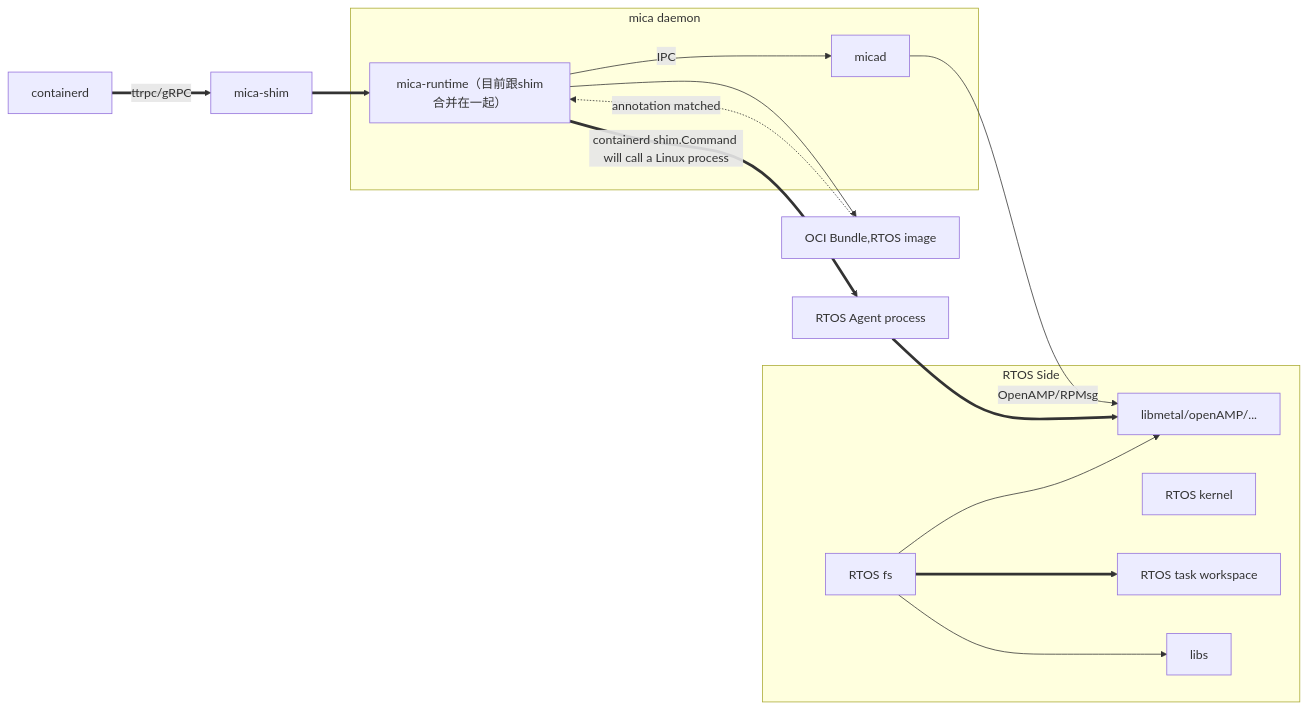
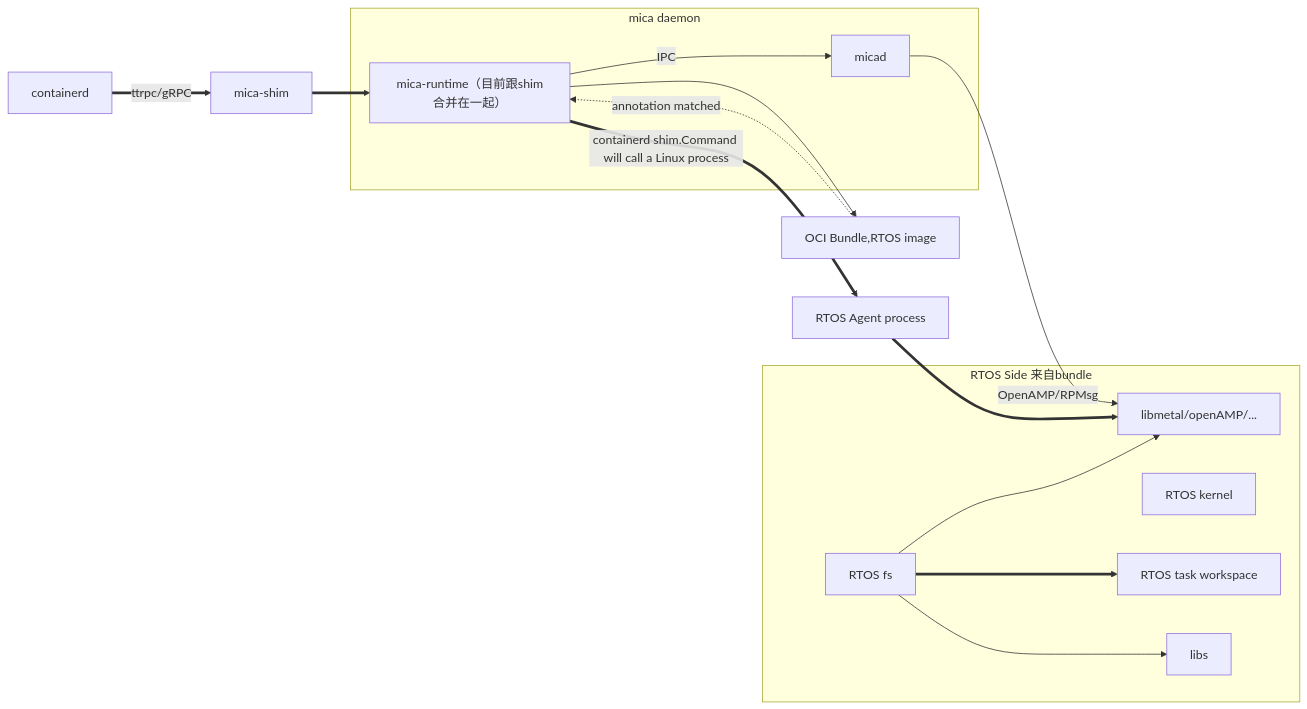
One commit to Egg12138/iodraw-files changed the diagram in all/未命名.md. Above: the diagram before and after it, drawn with Mermaid.

Commit message:
2025-06-23 09:24:10 update

````diff
--- a/all/未命名.md
+++ b/all/未命名.md
@@ -1,24 +1,24 @@
 ```mermaid
 graph LR
     CD[containerd] ==>|ttrpc/gRPC| S
     S[mica-shim] ==> MR
     MR[mica-runtime（目前跟shim合并在一起）] -->|IPC| A[micad]
     MR -->C[OCI Bundle,RTOS image]
     MR ==>|containerd shim.Command will call a Linux process|AG[RTOS Agent process]
     A -->|OpenAMP/RPMsg| B[RTOS Remote Core]
     C -.->|annotation matched| MR
     AG ==>B
-    subgraph RTOS Side
+    subgraph RTOS Side 来自bundle
         K[RTOS kernel]
         B[libmetal/openAMP/...]
         D[RTOS fs] ==> E
         D --> L[libs]
         D --> B
         E[RTOS task workspace]
     end
 
     subgraph mica daemon
         A
         MR
     end
 ```
````
